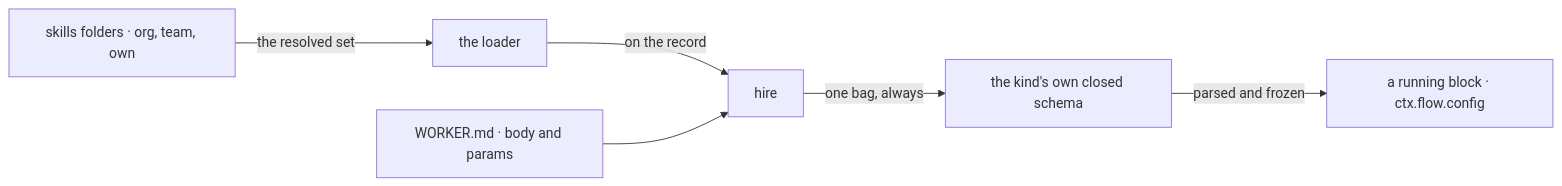
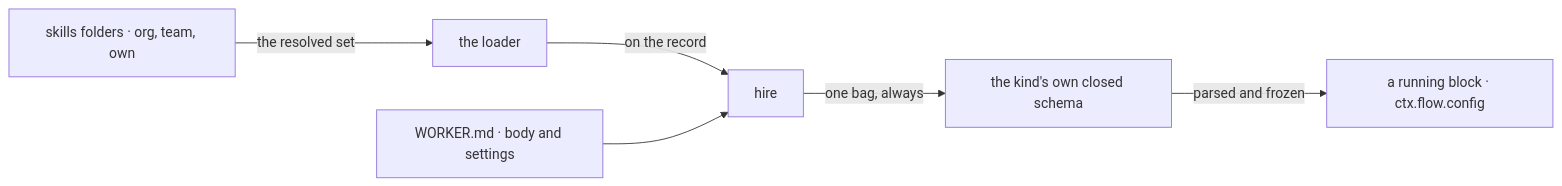
The diagram in spec/FIX-1367/SPEC.md (fixpoint-labs/flow-state-dev), drawn with Mermaid before and after one commit. The commit also changed other lines of this file and 4 other files, not shown here.

````diff
--- a/spec/FIX-1367/SPEC.md
+++ b/spec/FIX-1367/SPEC.md
@@ -51,8 +42,8 @@
 ```mermaid
 flowchart LR
   F["skills folders · org, team, own"] -->|"the resolved set"| L["the loader"]
   L -->|"on the record"| H["hire"]
-  W["WORKER.md · body and params"] --> H
+  W["WORKER.md · body and settings"] --> H
   H -->|"one bag, always"| S["the kind's own closed schema"]
   S -->|"parsed and frozen"| B["a running block · ctx.flow.config"]
 ```
````
